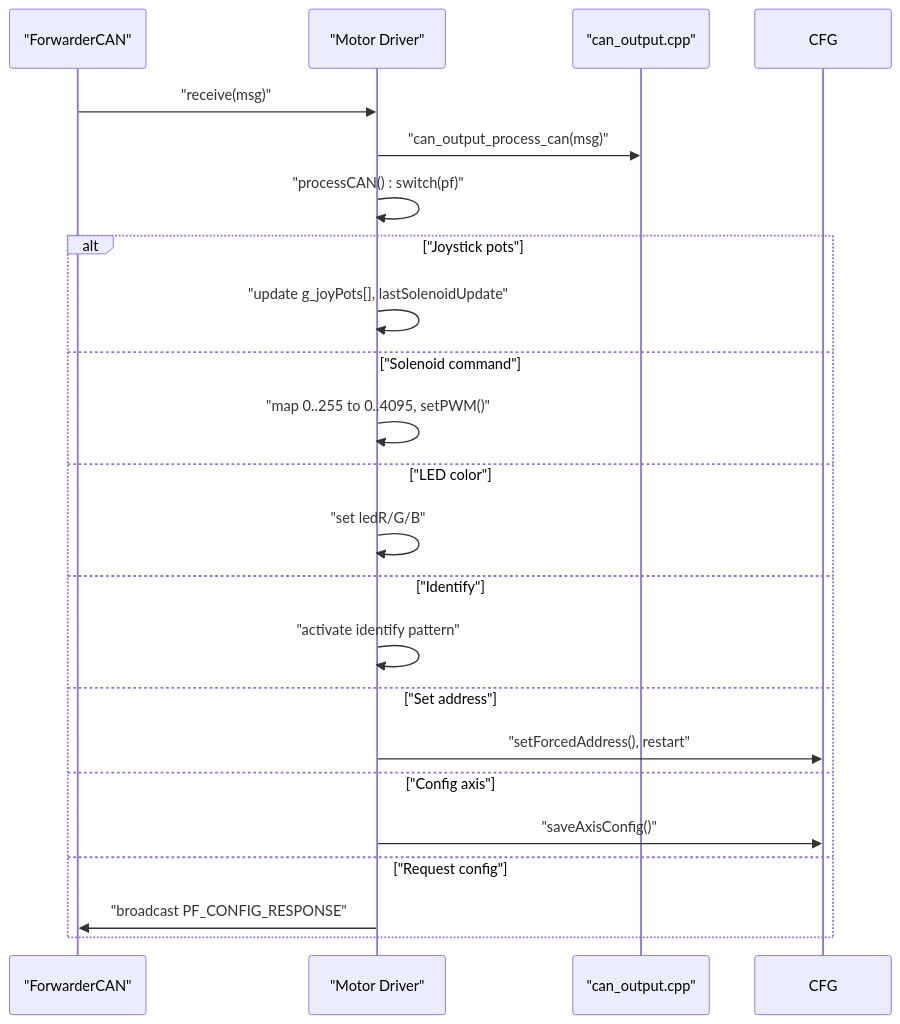
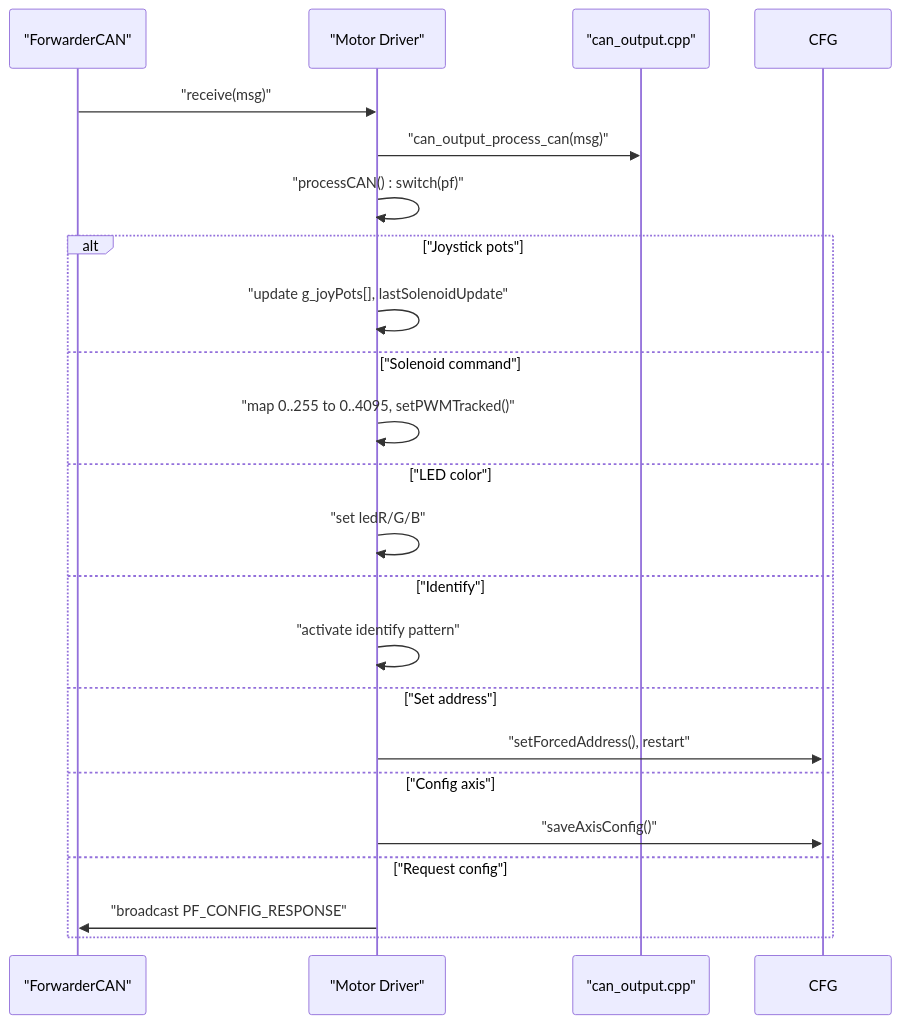
Diagram 12 of 13 in .qoder/repowiki/en/content/ECU Implementations/Motor Driver ECU/Motor Driver ECU.md (gunicsba/ESP_CAN_ECU_joystick_collection), drawn with Mermaid before and after one commit. The commit also changed other lines of this file and 13 other files, not shown here.

````diff
--- a/.qoder/repowiki/en/content/ECU Implementations/Motor Driver ECU/Motor Driver ECU.md
+++ b/.qoder/repowiki/en/content/ECU Implementations/Motor Driver ECU/Motor Driver ECU.md
@@ -332,24 +411,24 @@
 ```mermaid
 sequenceDiagram
 participant CAN as "ForwarderCAN"
 participant MD as "Motor Driver"
 participant OUT as "can_output.cpp"
 CAN->>MD : "receive(msg)"
 MD->>OUT : "can_output_process_can(msg)"
 MD->>MD : "processCAN() : switch(pf)"
 alt "Joystick pots"
 MD->>MD : "update g_joyPots[], lastSolenoidUpdate"
 else "Solenoid command"
-MD->>MD : "map 0..255 to 0..4095, setPWM()"
+MD->>MD : "map 0..255 to 0..4095, setPWMTracked()"
 else "LED color"
 MD->>MD : "set ledR/G/B"
 else "Identify"
 MD->>MD : "activate identify pattern"
 else "Set address"
 MD->>CFG : "setForcedAddress(), restart"
 else "Config axis"
 MD->>CFG : "saveAxisConfig()"
 else "Request config"
 MD->>CAN : "broadcast PF_CONFIG_RESPONSE"
 end
 ```
````
